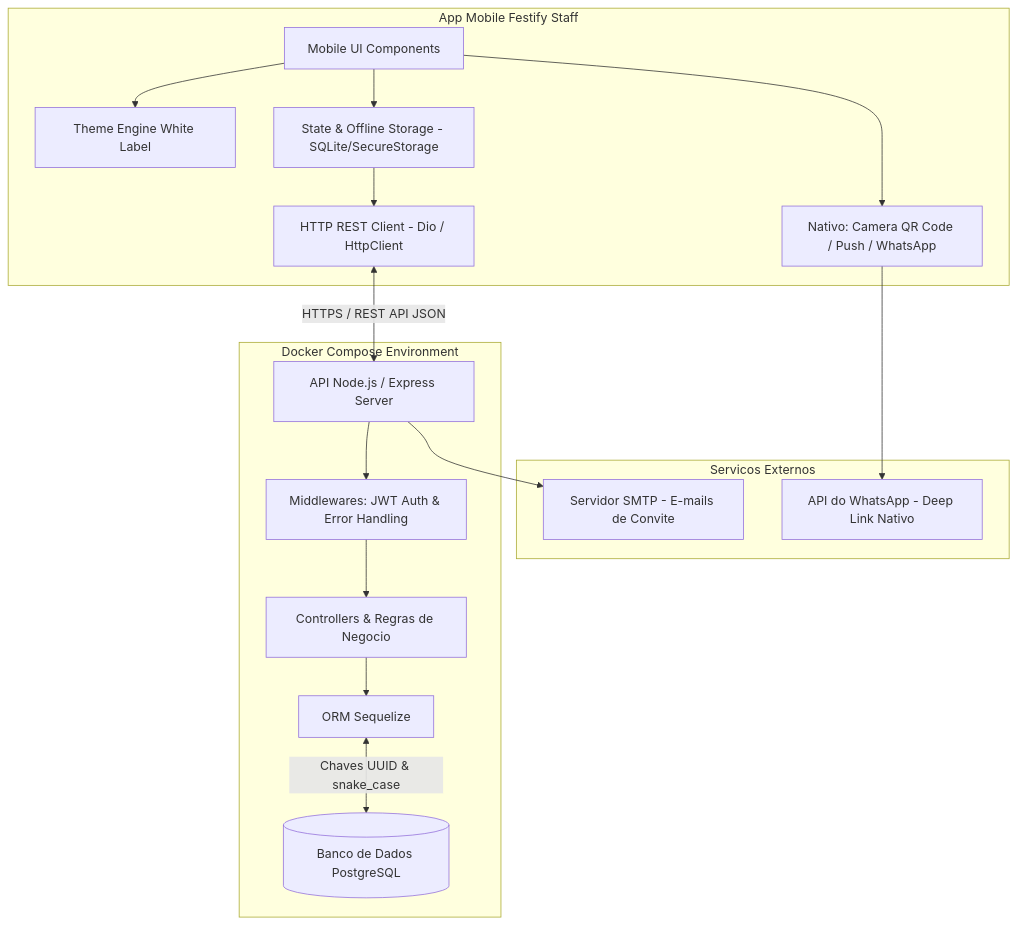
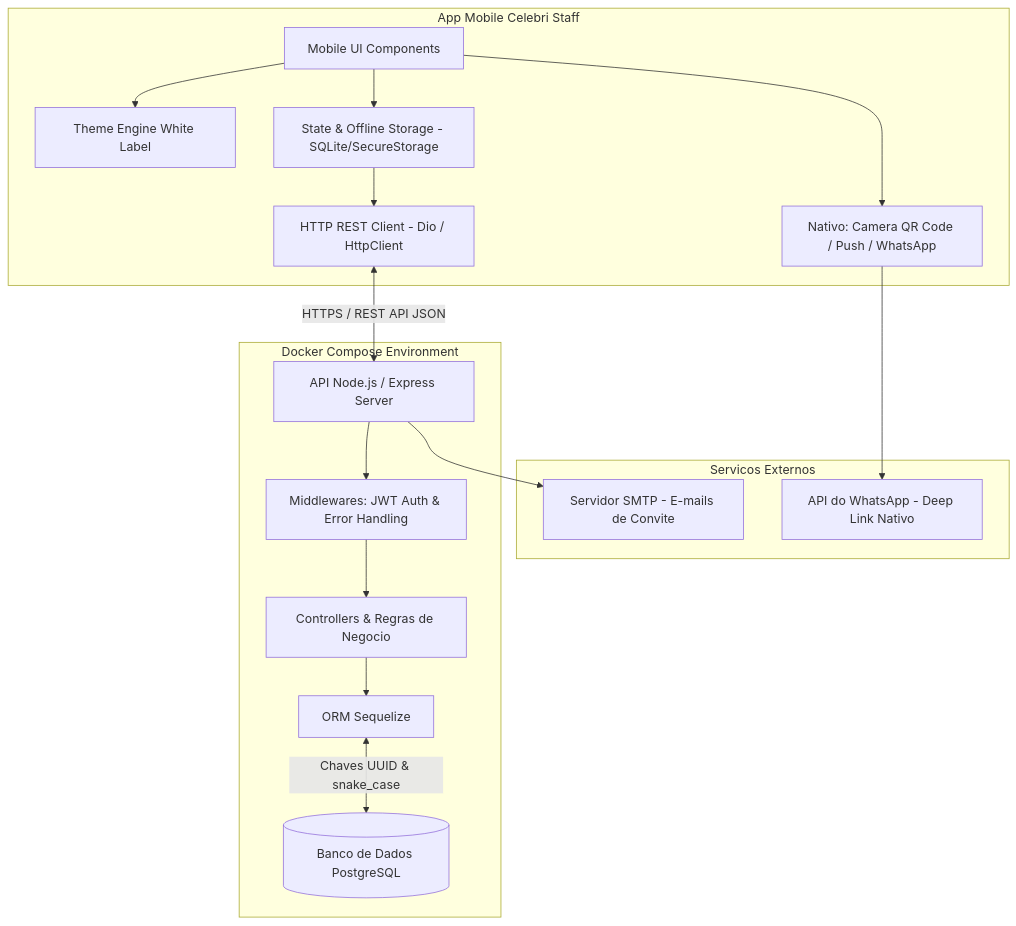
Before and after one commit to leoantoniassi/celebri-staff: the first of 3 diagrams in README.md, drawn with Mermaid. The commit also changed other lines of this file, not shown here.

````diff
--- a/README.md
+++ b/README.md
@@ -117,22 +117,22 @@
 ```mermaid
 graph TD
-    subgraph Dispositivo Movel [App Mobile Festify Staff]
+    subgraph Dispositivo Movel [App Mobile Celebri Staff]
         A[Mobile UI Components] --> B[Theme Engine White Label]
         A --> C[State & Offline Storage - SQLite/SecureStorage]
         A --> D[Nativo: Camera QR Code / Push / WhatsApp]
         C --> E[HTTP REST Client - Dio / HttpClient]
     end
 
     subgraph Infraestrutura Backend [Docker Compose Environment]
         E <-->|HTTPS / REST API JSON| F[API Node.js / Express Server]
         F --> G[Middlewares: JWT Auth & Error Handling]
         G --> H[Controllers & Regras de Negocio]
         H --> I[ORM Sequelize]
         I <-->|Chaves UUID & snake_case| J[(Banco de Dados PostgreSQL)]
     end
 
     subgraph Servicos Externos
         F --> K[Servidor SMTP - E-mails de Convite]
         D --> L[API do WhatsApp - Deep Link Nativo]
     end
 ```
````
